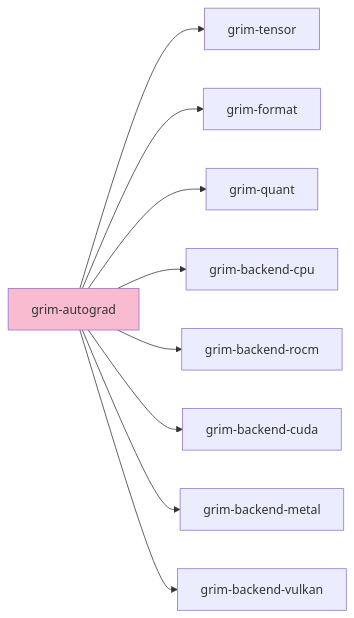
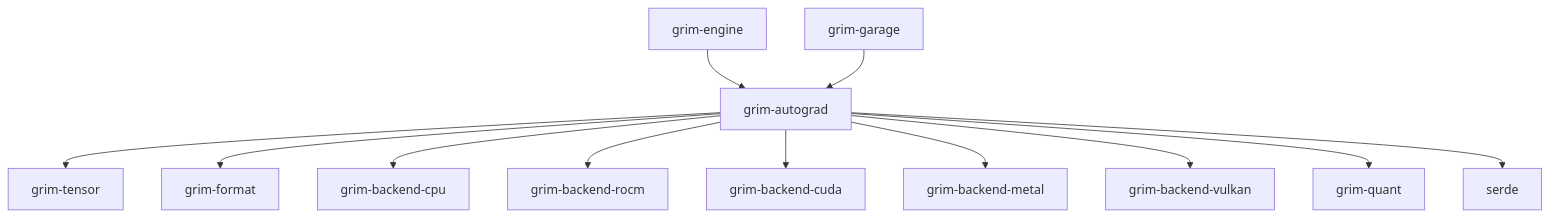
The diagram in crates/grim-autograd/README.md (sydonayrex/grim), drawn with Mermaid before and after one commit. The commit also changed other lines of this file and 53 other files, not shown here.

````diff
--- a/crates/grim-autograd/README.md
+++ b/crates/grim-autograd/README.md
@@ -18,13 +12,15 @@
 ```mermaid
-graph LR
-    A[grim-autograd] --> B[grim-tensor]
-    A --> C[grim-format]
-    A --> D[grim-quant]
-    A --> E[grim-backend-cpu]
-    A --> F[grim-backend-rocm]
-    A --> G[grim-backend-cuda]
-    A --> H[grim-backend-metal]
-    A --> I[grim-backend-vulkan]
+graph TD
+    grim-engine --> grim-autograd
+    grim-garage --> grim-autograd
 
-    style A fill:#f8bbd0
+    grim-autograd --> grim-tensor
+    grim-autograd --> grim-format
+    grim-autograd --> grim-backend-cpu
+    grim-autograd --> grim-backend-rocm
+    grim-autograd --> grim-backend-cuda
+    grim-autograd --> grim-backend-metal
+    grim-autograd --> grim-backend-vulkan
+    grim-autograd --> grim-quant
+    grim-autograd --> serde
 ```
````
